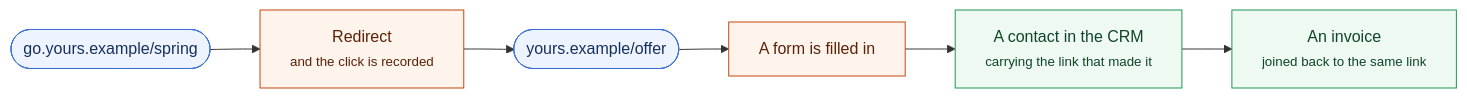
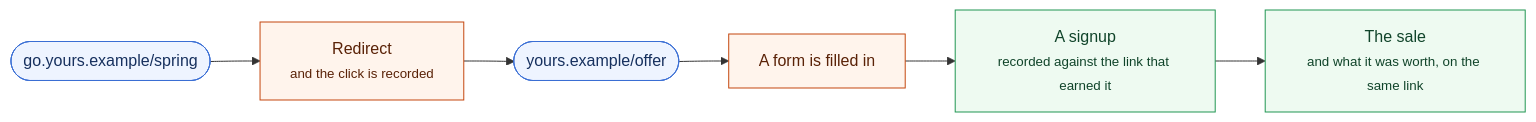
One commit to Sentrello/Sentrello changed the second of 2 diagrams in docs/site/05-modules/links.md. Above: the diagram before and after it, drawn with Mermaid. The commit also changed other lines of this file and 4 other files, not shown here.

````diff
--- a/docs/site/05-modules/links.md
+++ b/docs/site/05-modules/links.md
@@ -85,15 +85,15 @@
 ```mermaid
 flowchart LR
   classDef url fill:#eef4ff,stroke:#3b6fd4,color:#16305e
   classDef step fill:#fff4ec,stroke:#c4470f,color:#5a2207
   classDef end2 fill:#eefaf1,stroke:#219653,color:#10442a
 
   S(["go.yours.example/spring"]):::url
   R["Redirect<br/><small>and the click is recorded</small>"]:::step
   D(["yours.example/offer"]):::url
   F["A form is filled in"]:::step
-  C["A contact in the CRM<br/><small>carrying the link that made it</small>"]:::end2
-  I["An invoice<br/><small>joined back to the same link</small>"]:::end2
+  C["A signup<br/><small>recorded against the link that earned it</small>"]:::end2
+  I["The sale<br/><small>and what it was worth, on the same link</small>"]:::end2
 
   S --> R --> D --> F --> C --> I
 ```
````
